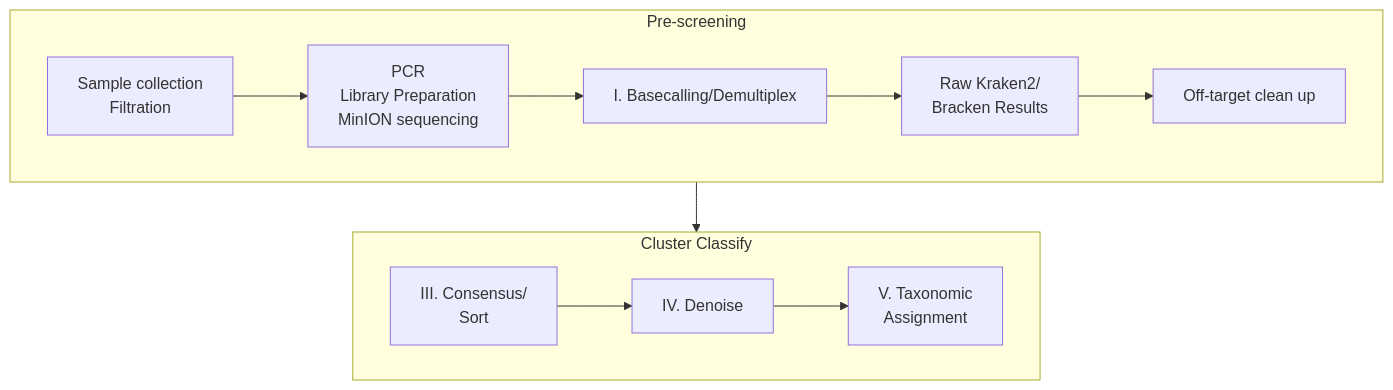
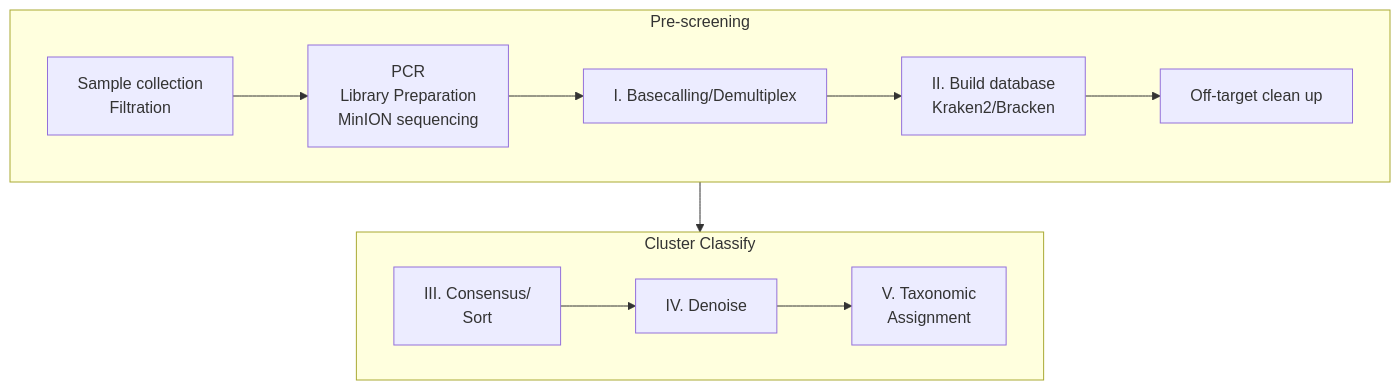
The diagram in README.md (piedna/DeCodeDNA), drawn with Mermaid before and after one commit. The commit also changed other lines of this file, not shown here.

Commit message:
Simplify flowchart with short labels and color coding

````diff
--- a/README.md
+++ b/README.md
@@ -38,25 +38,25 @@
 ```mermaid
 flowchart TB
   %% Top row: Wet lab → Basecalling → Quick Look
   subgraph Pre-screening
     direction LR
     A["Sample collection<br>Filtration"] 
     B["PCR<br>Library Preparation<br>MinION sequencing"]
     C["I. Basecalling/Demultiplex"]
-    D["Raw Kraken2/<br>Bracken Results"]
+    D["II. Build database<br>Kraken2/Bracken"]
     E["Off-target clean up"]
     A --> B --> C --> D --> E
   end
 
   %% Bottom row: Consensus → Denoise → Taxonomy
   subgraph Cluster   Classify
     direction LR
     F["III. Consensus/<br>Sort"]
     G["IV. Denoise"]
     H["V. Taxonomic<br>Assignment"]
     F --> G --> H
   end
 
   %% Connect the two rows
   E --> F
 ```
````
